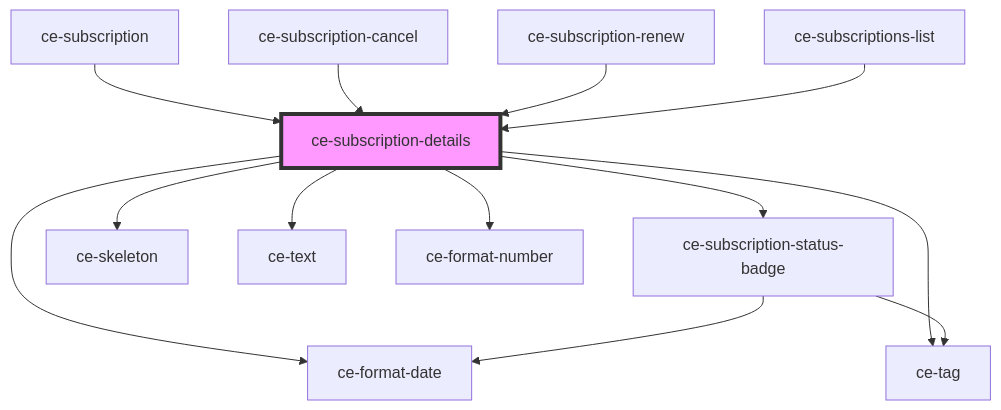
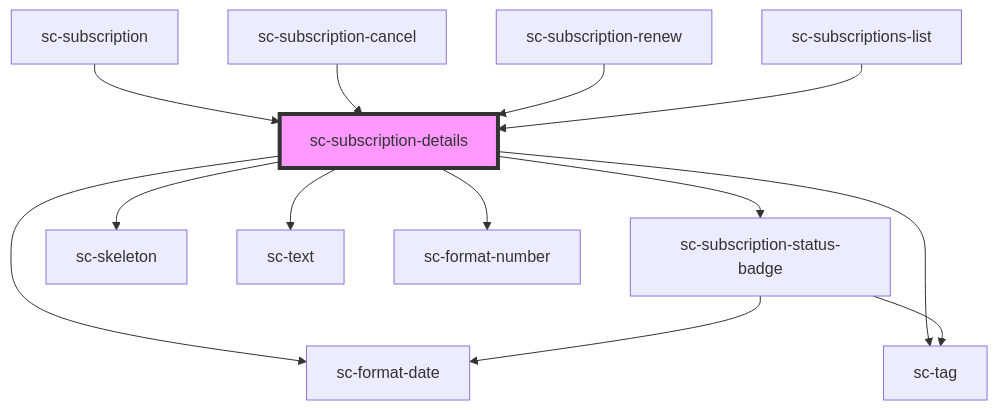
Before and after one commit to surecart/surecart-wp-plugin: the diagram in packages/components/src/components/controllers/dashboard/subscription-details/readme.md, drawn with Mermaid. The commit also changed other lines of this file and 1281 other files, not shown here.

````diff
--- a/packages/components/src/components/controllers/dashboard/subscription-details/readme.md
+++ b/packages/components/src/components/controllers/dashboard/subscription-details/readme.md
@@ -36,16 +36,16 @@
 ```mermaid
 graph TD;
-  ce-subscription-details --> ce-subscription-status-badge
-  ce-subscription-details --> ce-format-date
-  ce-subscription-details --> ce-skeleton
-  ce-subscription-details --> ce-text
-  ce-subscription-details --> ce-tag
-  ce-subscription-details --> ce-format-number
-  ce-subscription-status-badge --> ce-format-date
-  ce-subscription-status-badge --> ce-tag
-  ce-subscription --> ce-subscription-details
-  ce-subscription-cancel --> ce-subscription-details
-  ce-subscription-renew --> ce-subscription-details
-  ce-subscriptions-list --> ce-subscription-details
-  style ce-subscription-details fill:#f9f,stroke:#333,stroke-width:4px
+  sc-subscription-details --> sc-subscription-status-badge
+  sc-subscription-details --> sc-format-date
+  sc-subscription-details --> sc-skeleton
+  sc-subscription-details --> sc-text
+  sc-subscription-details --> sc-tag
+  sc-subscription-details --> sc-format-number
+  sc-subscription-status-badge --> sc-format-date
+  sc-subscription-status-badge --> sc-tag
+  sc-subscription --> sc-subscription-details
+  sc-subscription-cancel --> sc-subscription-details
+  sc-subscription-renew --> sc-subscription-details
+  sc-subscriptions-list --> sc-subscription-details
+  style sc-subscription-details fill:#f9f,stroke:#333,stroke-width:4px
 ```
````
